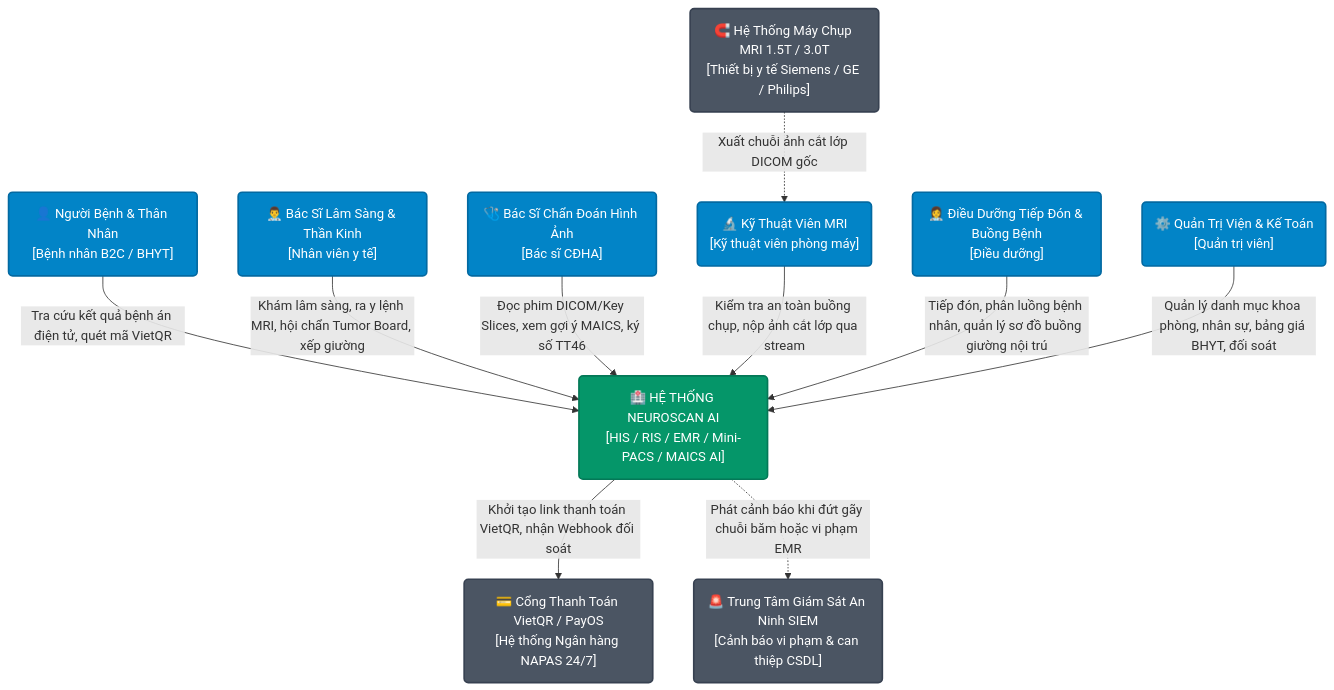
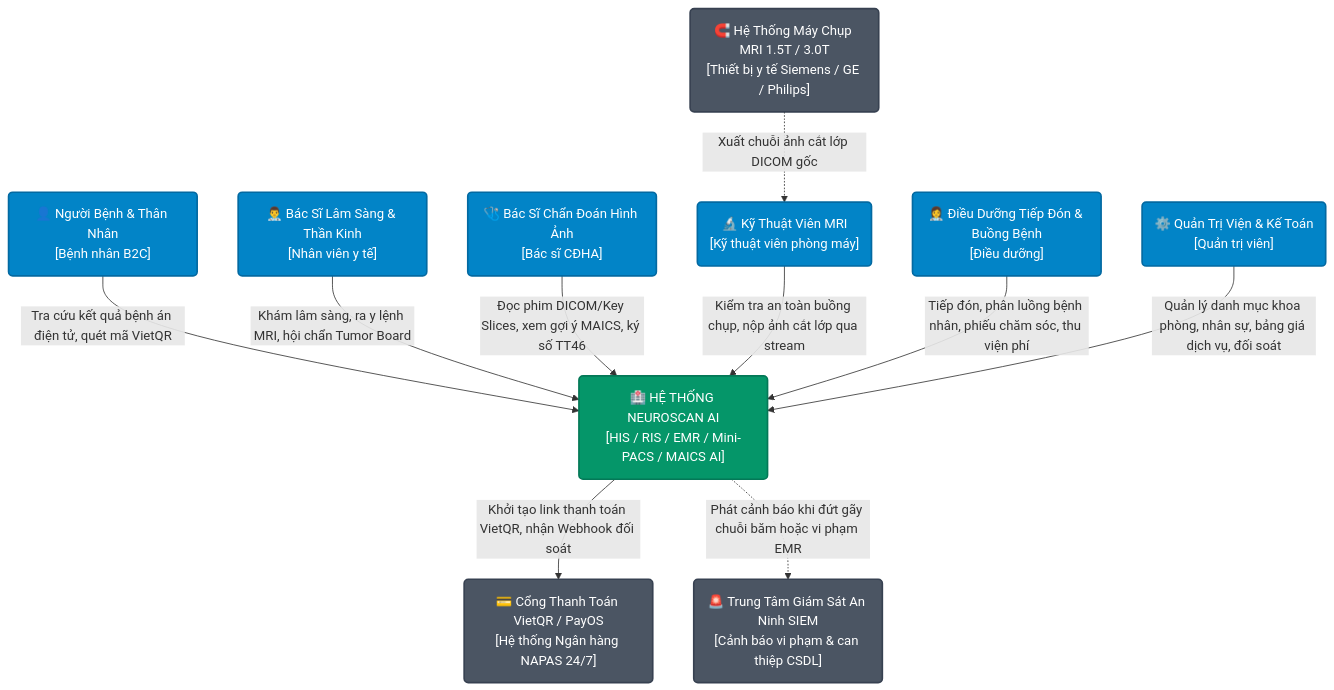
One commit to ntthanh2357/mri changed the first of 4 diagrams in docs/03_kien_truc_he_thong.md. Above: the diagram before and after it, drawn with Mermaid. The commit also changed other lines of this file and 101 other files, not shown here.

````diff
--- a/docs/03_kien_truc_he_thong.md
+++ b/docs/03_kien_truc_he_thong.md
@@ -12,29 +14,29 @@
 ```mermaid
 graph TD
     classDef person fill:#0284c7,stroke:#0369a1,stroke-width:2px,color:#ffffff;
     classDef system fill:#059669,stroke:#047857,stroke-width:2px,color:#ffffff;
     classDef external fill:#4b5563,stroke:#374151,stroke-width:2px,color:#ffffff;
 
-    BN("👤 Người Bệnh & Thân Nhân<br/>[Bệnh nhân B2C / BHYT]"):::person
+    BN("👤 Người Bệnh & Thân Nhân<br/>[Bệnh nhân B2C]"):::person
     BS("👨‍⚕️ Bác Sĩ Lâm Sàng & Thần Kinh<br/>[Nhân viên y tế]"):::person
     BSCĐ("🩺 Bác Sĩ Chẩn Đoán Hình Ảnh<br/>[Bác sĩ CĐHA]"):::person
     KTV("🔬 Kỹ Thuật Viên MRI<br/>[Kỹ thuật viên phòng máy]"):::person
     DD("👩‍⚕️ Điều Dưỡng Tiếp Đón & Buồng Bệnh<br/>[Điều dưỡng]"):::person
     ADMIN("⚙️ Quản Trị Viện & Kế Toán<br/>[Quản trị viên]"):::person
 
     NEURO("🏥 HỆ THỐNG NEUROSCAN AI<br/>[HIS / RIS / EMR / Mini-PACS / MAICS AI]"):::system
 
     PAYOS("💳 Cổng Thanh Toán VietQR / PayOS<br/>[Hệ thống Ngân hàng NAPAS 24/7]"):::external
     PACS_DEV("🧲 Hệ Thống Máy Chụp MRI 1.5T / 3.0T<br/>[Thiết bị y tế Siemens / GE / Philips]"):::external
     SIEM("🚨 Trung Tâm Giám Sát An Ninh SIEM<br/>[Cảnh báo vi phạm & can thiệp CSDL]"):::external
 
     BN -->|Tra cứu kết quả bệnh án điện tử, quét mã VietQR| NEURO
-    BS -->|Khám lâm sàng, ra y lệnh MRI, hội chẩn Tumor Board, xếp giường| NEURO
+    BS -->|Khám lâm sàng, ra y lệnh MRI, hội chẩn Tumor Board| NEURO
     BSCĐ -->|Đọc phim DICOM/Key Slices, xem gợi ý MAICS, ký số TT46| NEURO
     KTV -->|Kiểm tra an toàn buồng chụp, nộp ảnh cắt lớp qua stream| NEURO
-    DD -->|Tiếp đón, phân luồng bệnh nhân, quản lý sơ đồ buồng giường nội trú| NEURO
-    ADMIN -->|Quản lý danh mục khoa phòng, nhân sự, bảng giá BHYT, đối soát| NEURO
+    DD -->|Tiếp đón, phân luồng bệnh nhân, phiếu chăm sóc, thu viện phí| NEURO
+    ADMIN -->|Quản lý danh mục khoa phòng, nhân sự, bảng giá dịch vụ, đối soát| NEURO
     PACS_DEV -.->|Xuất chuỗi ảnh cắt lớp DICOM gốc| KTV
     NEURO -->|Khởi tạo link thanh toán VietQR, nhận Webhook đối soát| PAYOS
     NEURO -.->|Phát cảnh báo khi đứt gãy chuỗi băm hoặc vi phạm EMR| SIEM
 ```
````
